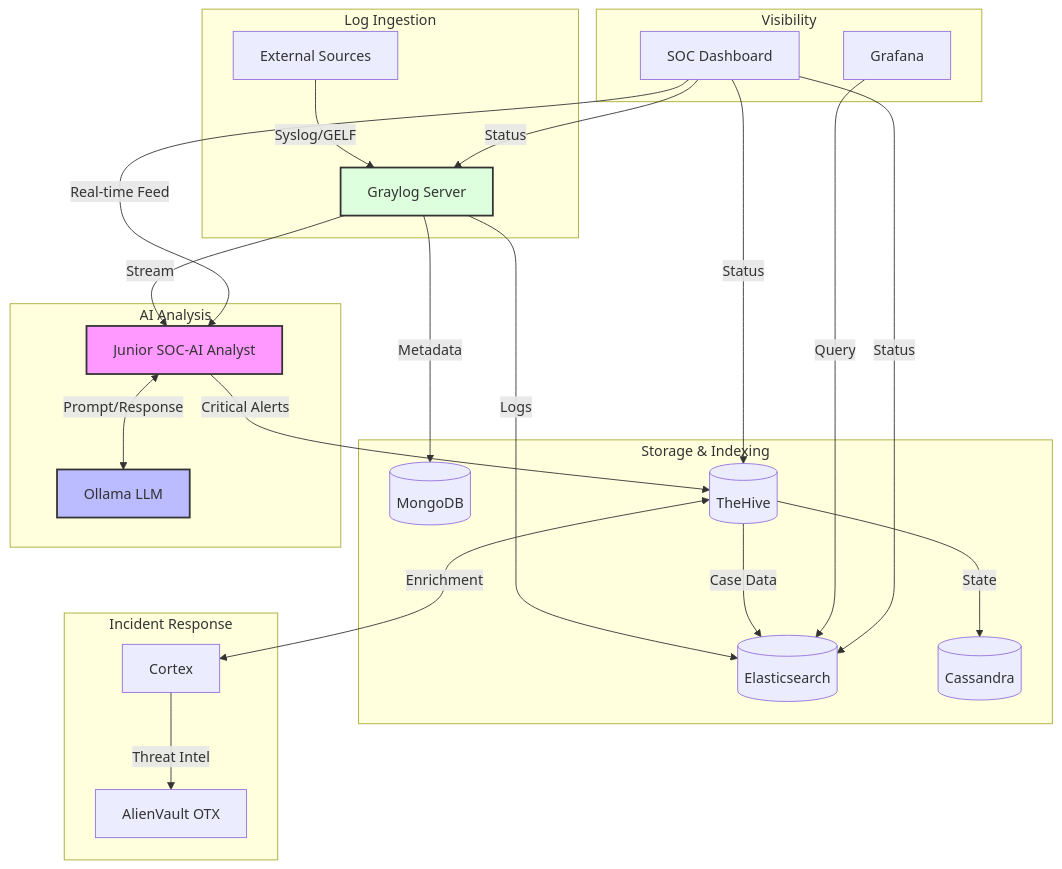
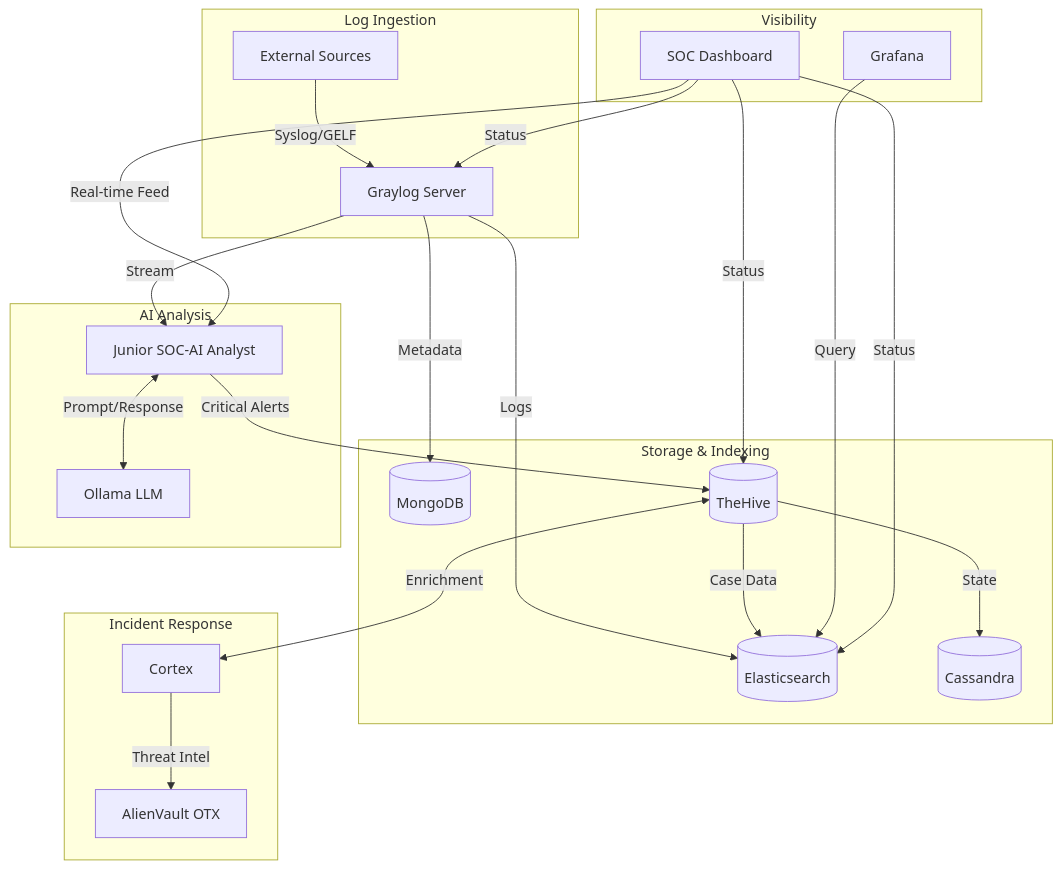
One commit to DakshGajjar/SOC-lab changed the diagram in README.md. Above: the diagram before and after it, drawn with Mermaid.

````diff
--- a/README.md
+++ b/README.md
@@ -14,34 +14,30 @@
 ```mermaid
 graph TD
     subgraph "Log Ingestion"
         Sources[External Sources] -->|Syslog/GELF| Graylog[Graylog Server]
     end
 
     subgraph "Storage & Indexing"
         Graylog -->|Logs| ES[(Elasticsearch)]
         Graylog -->|Metadata| Mongo[(MongoDB)]
         TheHive[(TheHive)] -->|Case Data| ES
         TheHive -->|State| Cassandra[(Cassandra)]
     end
 
     subgraph "AI Analysis"
         Graylog -->|Stream| AI[Junior SOC-AI Analyst]
         AI <-->|Prompt/Response| Ollama[Ollama LLM]
     end
 
     subgraph "Incident Response"
         AI -->|Critical Alerts| TheHive
         TheHive <-->|Enrichment| Cortex[Cortex]
         Cortex -->|Threat Intel| OTX[AlienVault OTX]
     end
 
     subgraph "Visibility"
         Grafana[Grafana] -->|Query| ES
         Dashboard[SOC Dashboard] -->|Real-time Feed| AI
         Dashboard -->|Status| Graylog & TheHive & ES
     end
-
-    style AI fill:#f9f,stroke:#333,stroke-width:2px
-    style Ollama fill:#bbf,stroke:#333,stroke-width:2px
-    style Graylog fill:#dfd,stroke:#333,stroke-width:2px
 ```
````
